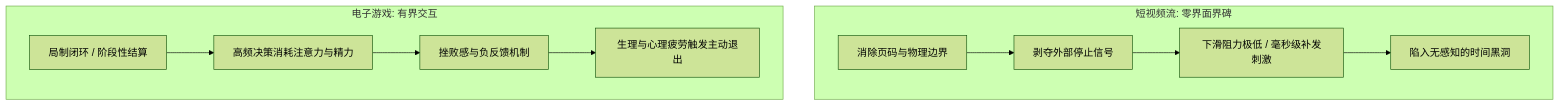
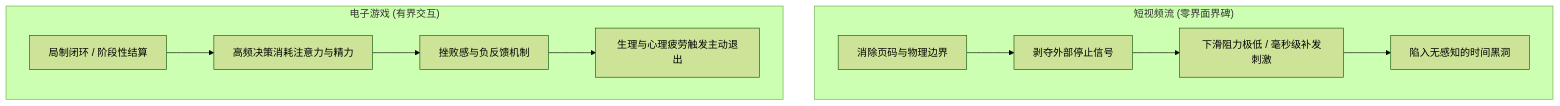
The first of 3 diagrams in src/content/blog/cognitive-throughput-voice-typing-llm-scaffolding.md (unendev/unendev.github.io), drawn with Mermaid (forest theme) before and after one commit. The commit also changed other lines of this file and 4 other files, not shown here.

Commit message:
feat(ui): modernize mermaid card styling, add interactive pan-zoom lightbox, and isolate syntax error bombs

````diff
--- a/src/content/blog/cognitive-throughput-voice-typing-llm-scaffolding.md
+++ b/src/content/blog/cognitive-throughput-voice-typing-llm-scaffolding.md
@@ -29,13 +29,13 @@
 ```mermaid
 flowchart TD
-    subgraph 短视频无限信息流[短视频流: 零界面界碑]
-        A1[消除页码与物理边界] --> A2[剥夺外部停止信号]
-        A2 --> A3[下滑阻力极低 / 毫秒级补发刺激]
-        A3 --> A4[陷入无感知的时间黑洞]
+    subgraph STREAM ["短视频流 (零界面界碑)"]
+        A1["消除页码与物理边界"] --> A2["剥夺外部停止信号"]
+        A2 --> A3["下滑阻力极低 / 毫秒级补发刺激"]
+        A3 --> A4["陷入无感知的时间黑洞"]
     end
-    subgraph 电子游戏[电子游戏: 有界交互]
-        B1[局制闭环 / 阶段性结算] --> B2[高频决策消耗注意力与精力]
-        B2 --> B3[挫败感与负反馈机制]
-        B3 --> B4[生理与心理疲劳触发主动退出]
+    subgraph GAME ["电子游戏 (有界交互)"]
+        B1["局制闭环 / 阶段性结算"] --> B2["高频决策消耗注意力与精力"]
+        B2 --> B3["挫败感与负反馈机制"]
+        B3 --> B4["生理与心理疲劳触发主动退出"]
     end
 ```
````
